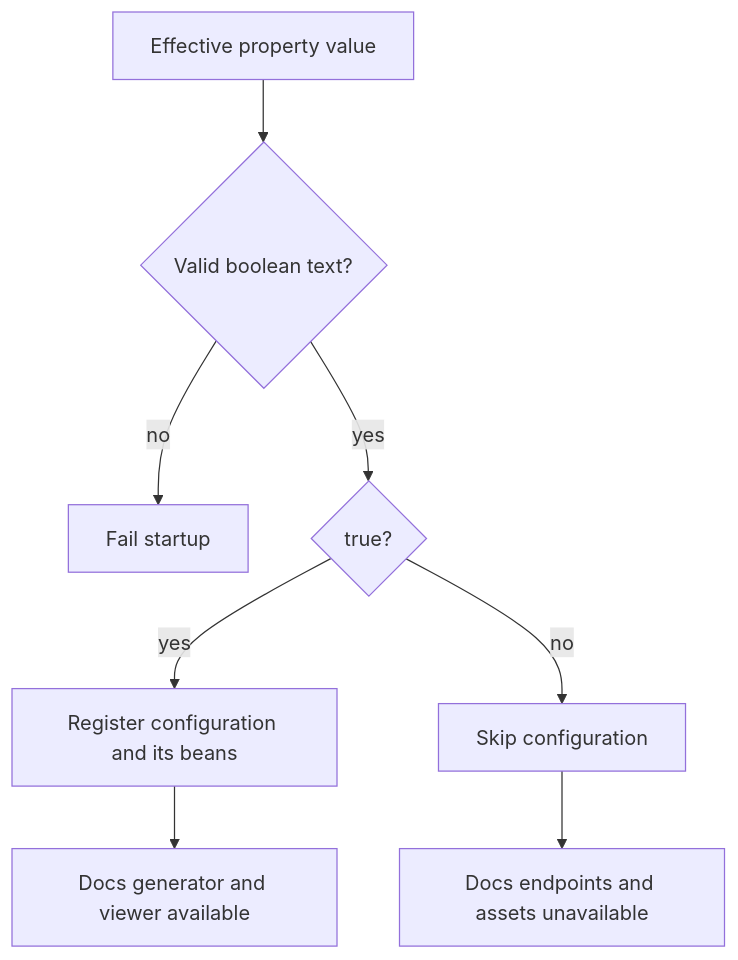
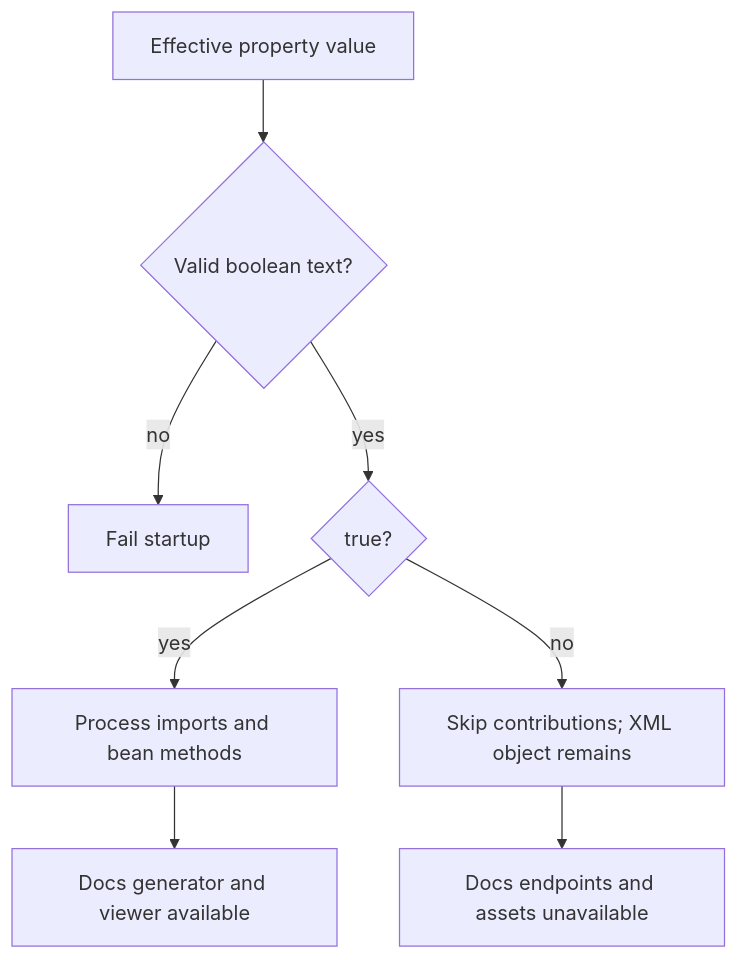
Before and after one commit to k4vrin/legacy-spring-openapi-lab: the diagram in docs/learning/03-conditions.md, drawn with Mermaid. The commit also changed other lines of this file and 30 other files, not shown here.

````diff
--- a/docs/learning/03-conditions.md
+++ b/docs/learning/03-conditions.md
@@ -22,10 +22,10 @@
 ```mermaid
 flowchart TD
     F[Effective property value] --> P{Valid boolean text?}
     P -->|no| E[Fail startup]
     P -->|yes| B{true?}
-    B -->|yes| R[Register configuration and its beans]
-    B -->|no| S[Skip configuration]
+    B -->|yes| R[Process imports and bean methods]
+    B -->|no| S[Skip contributions; XML object remains]
     R --> A[Docs generator and viewer available]
     S --> N[Docs endpoints and assets unavailable]
 ```
````
